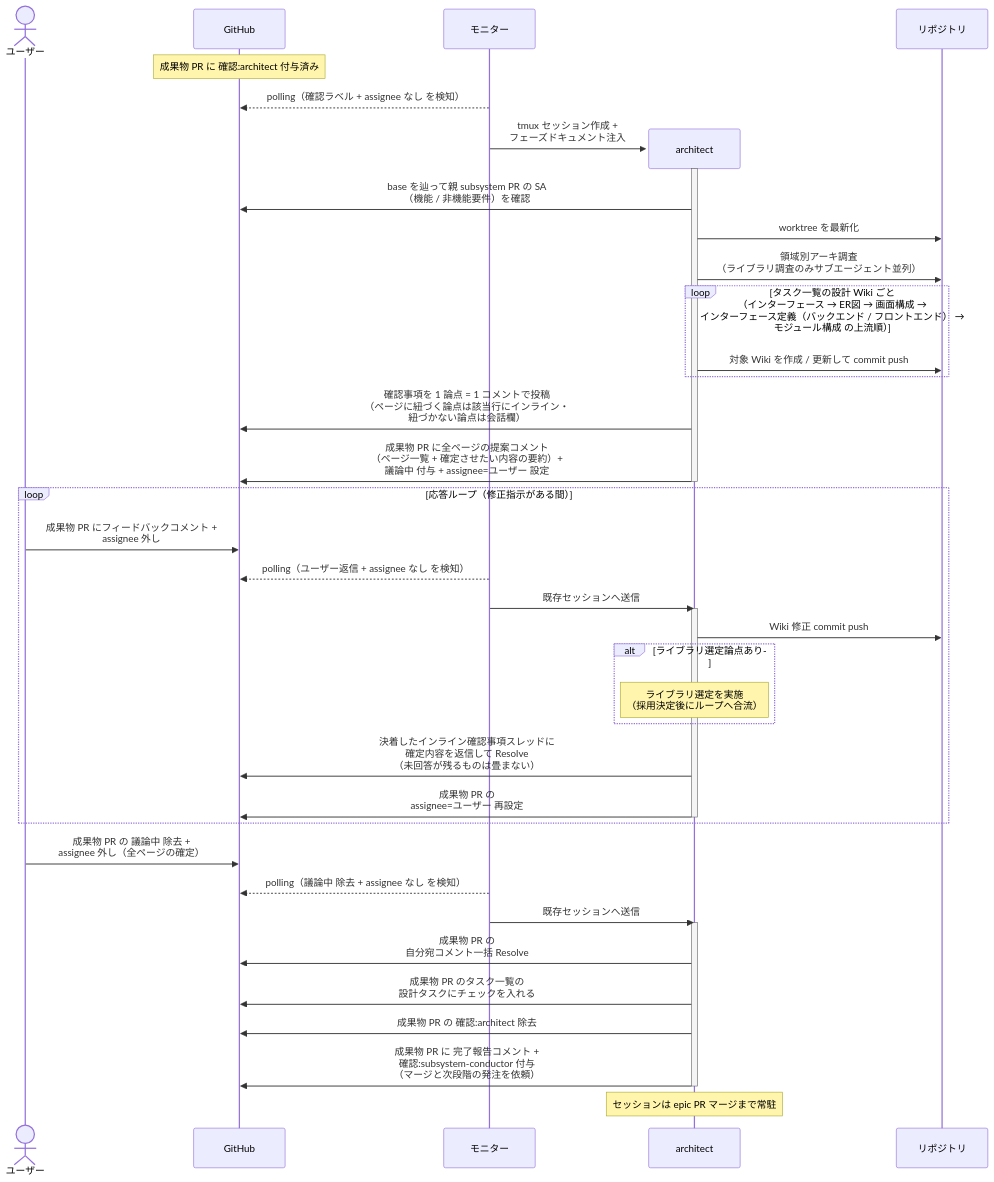
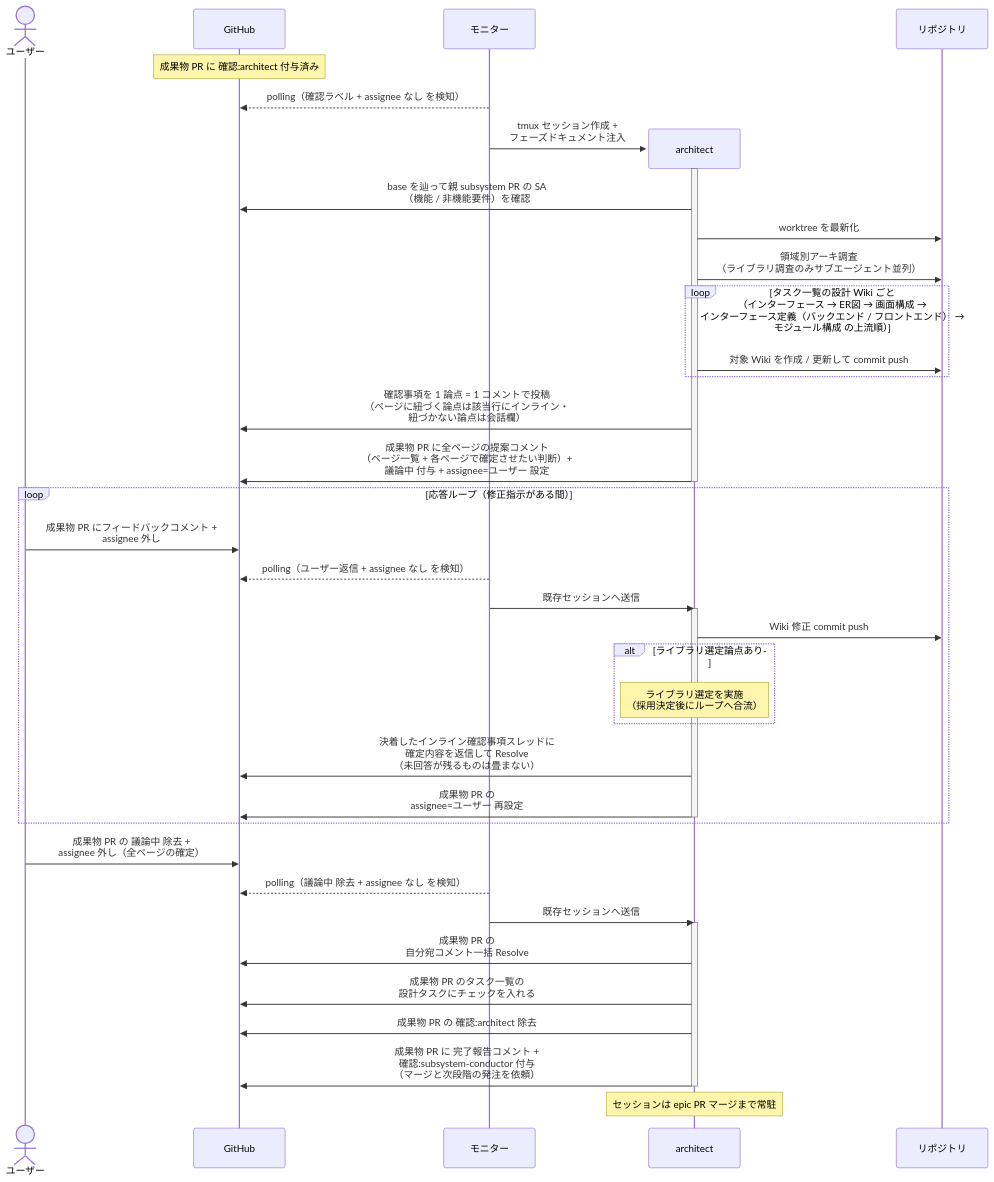
The first of 7 diagrams in docs/wiki/設計図/シナリオ/単一ユースケース/SS設計.md (shuhei1101/ai-monitor), drawn with Mermaid before and after one commit. The commit also changed other lines of this file and 174 other files, not shown here.

````diff
--- a/docs/wiki/設計図/シナリオ/単一ユースケース/SS設計.md
+++ b/docs/wiki/設計図/シナリオ/単一ユースケース/SS設計.md
@@ -26,50 +26,50 @@
 ```mermaid
 sequenceDiagram
   actor U as ユーザー
   participant GH as GitHub
   participant ORC as モニター
 
   Note over GH: 成果物 PR に 確認:architect 付与済み
   ORC-->>GH: polling（確認ラベル + assignee なし を検知）
   create participant MON as architect
   ORC->>MON: tmux セッション作成 +<br>フェーズドキュメント注入
   participant REPO as リポジトリ
   activate MON
   MON->>GH: base を辿って親 subsystem PR の SA<br>（機能 / 非機能要件）を確認
   MON->>REPO: worktree を最新化
   MON->>REPO: 領域別アーキ調査<br>（ライブラリ調査のみサブエージェント並列）
 
   loop タスク一覧の設計 Wiki ごと<br>（インターフェース → ER図 → 画面構成 →<br>インターフェース定義（バックエンド / フロントエンド） →<br>モジュール構成 の上流順）
     MON->>REPO: 対象 Wiki を作成 / 更新して commit push
   end
 
   MON->>GH: 確認事項を 1 論点 = 1 コメントで投稿<br>（ページに紐づく論点は該当行にインライン・<br>紐づかない論点は会話欄）
-  MON->>GH: 成果物 PR に全ページの提案コメント<br>（ページ一覧 + 確定させたい内容の要約）+<br>議論中 付与 + assignee=ユーザー 設定
+  MON->>GH: 成果物 PR に全ページの提案コメント<br>（ページ一覧 + 各ページで確定させたい判断）+<br>議論中 付与 + assignee=ユーザー 設定
   deactivate MON
 
   loop 応答ループ（修正指示がある間）
     U->>GH: 成果物 PR にフィードバックコメント +<br>assignee 外し
     ORC-->>GH: polling（ユーザー返信 + assignee なし を検知）
     ORC->>MON: 既存セッションへ送信
     activate MON
     MON->>REPO: Wiki 修正 commit push
     alt ライブラリ選定論点あり
       Note over MON: ライブラリ選定を実施<br>（採用決定後にループへ合流）
     end
     MON->>GH: 決着したインライン確認事項スレッドに<br>確定内容を返信して Resolve<br>（未回答が残るものは畳まない）
     MON->>GH: 成果物 PR の<br>assignee=ユーザー 再設定
     deactivate MON
   end
 
   U->>GH: 成果物 PR の 議論中 除去 +<br>assignee 外し（全ページの確定）
   ORC-->>GH: polling（議論中 除去 + assignee なし を検知）
   ORC->>MON: 既存セッションへ送信
   activate MON
   MON->>GH: 成果物 PR の<br>自分宛コメント一括 Resolve
 
   MON->>GH: 成果物 PR のタスク一覧の<br>設計タスクにチェックを入れる
   MON->>GH: 成果物 PR の 確認:architect 除去
   MON->>GH: 成果物 PR に 完了報告コメント +<br>確認:subsystem-conductor 付与<br>（マージと次段階の発注を依頼）
   deactivate MON
   Note over MON: セッションは epic PR マージまで常駐
 ```
````
